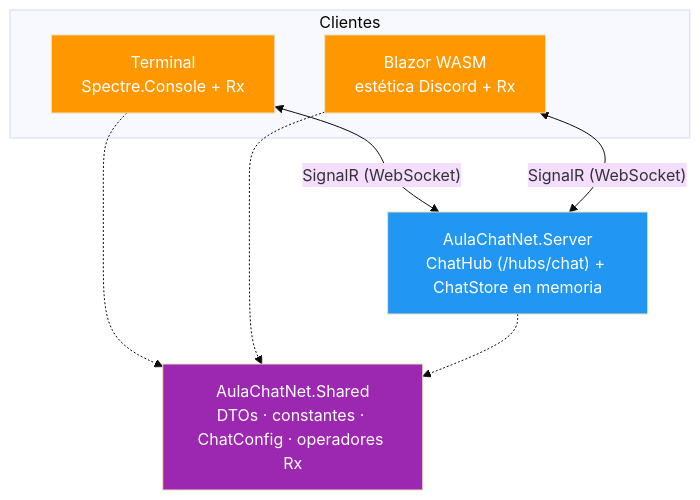
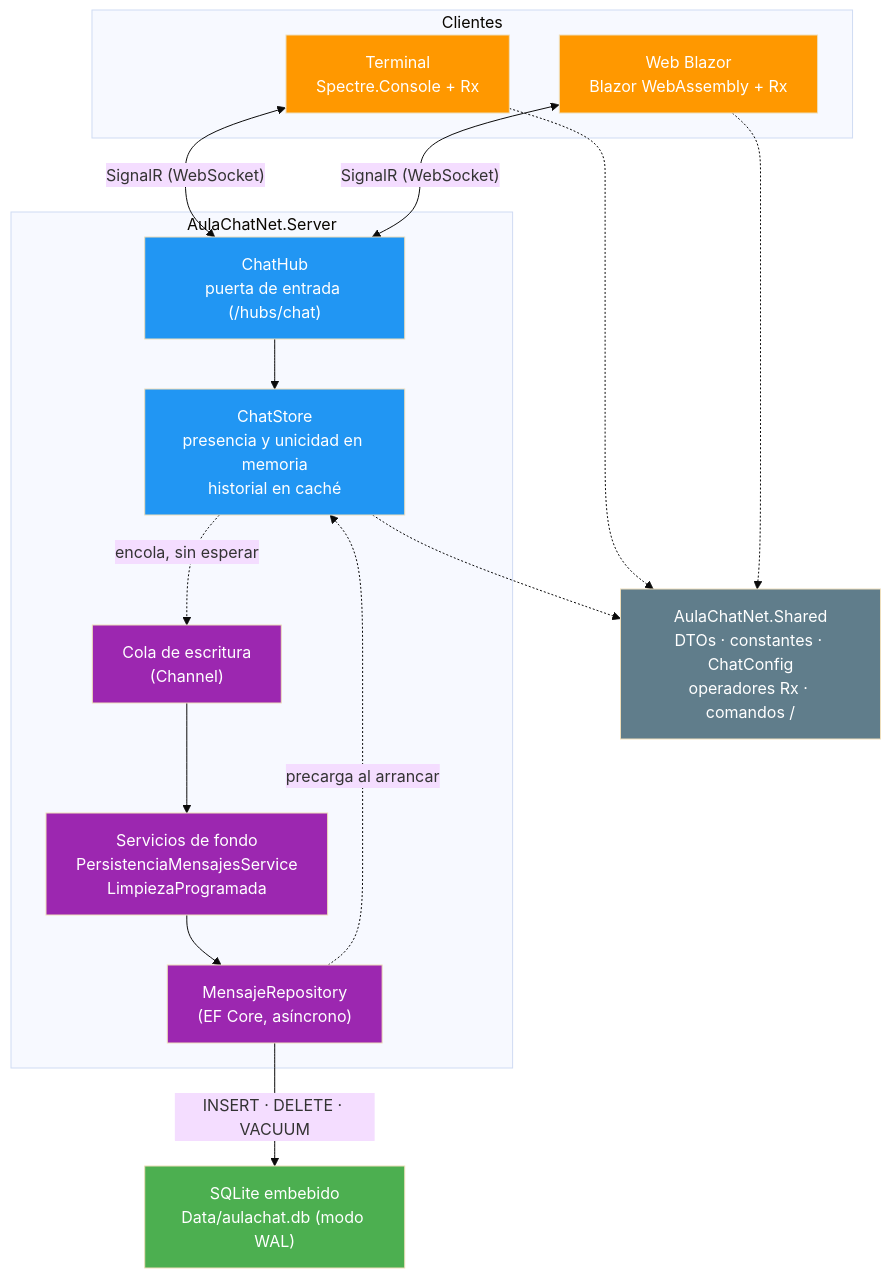
Before and after one commit to joseluisgs/AulaChatNet: the diagram in README.md, drawn with Mermaid (base theme). The commit also changed other lines of this file, not shown here.

Commit message:
docs: Fase 2 - README a estado actual: arquitectura, arranque completo, SQLite y sin recuentos de tests

````diff
--- a/README.md
+++ b/README.md
@@ -63,22 +82,43 @@
 ```mermaid
 flowchart TD
     subgraph Clientes["Clientes"]
         T["Terminal<br/>Spectre.Console + Rx"]
-        B["Blazor WASM<br/>estética Discord + Rx"]
+        B["Web Blazor<br/>Blazor WebAssembly + Rx"]
     end
 
-    S["AulaChatNet.Server<br/>ChatHub (/hubs/chat) + ChatStore en memoria"]
+    subgraph Servidor["AulaChatNet.Server"]
+        H["ChatHub<br/>puerta de entrada (/hubs/chat)"]
+        S["ChatStore<br/>presencia y unicidad en memoria<br/>historial en caché"]
+        Q["Cola de escritura<br/>(Channel)"]
+        P["Servicios de fondo<br/>PersistenciaMensajesService<br/>LimpiezaProgramada"]
+        R["MensajeRepository<br/>(EF Core, asíncrono)"]
+    end
 
-    SH["AulaChatNet.Shared<br/>DTOs · constantes · ChatConfig · operadores Rx"]
+    SH["AulaChatNet.Shared<br/>DTOs · constantes · ChatConfig<br/>operadores Rx · comandos /"]
 
-    T <-->|"SignalR (WebSocket)"| S
-    B <-->|"SignalR (WebSocket)"| S
+    DB["SQLite embebido<br/>Data/aulachat.db (modo WAL)"]
+
+    T <-->|"SignalR (WebSocket)"| H
+    B <-->|"SignalR (WebSocket)"| H
+
+    H --> S
+    S -.->|"encola, sin esperar"| Q
+    Q --> P
+    P --> R
+    R -->|"INSERT · DELETE · VACUUM"| DB
+    R -.->|"precarga al arrancar"| S
+
     T -.-> SH
     B -.-> SH
     S -.-> SH
 
     style T fill:#FF9800,color:#fff
     style B fill:#FF9800,color:#fff
+    style H fill:#2196F3,color:#fff
     style S fill:#2196F3,color:#fff
-    style SH fill:#9C27B0,color:#fff
+    style Q fill:#9C27B0,color:#fff
+    style P fill:#9C27B0,color:#fff
+    style R fill:#9C27B0,color:#fff
+    style SH fill:#607D8B,color:#fff
+    style DB fill:#4CAF50,color:#fff
 ```
````
